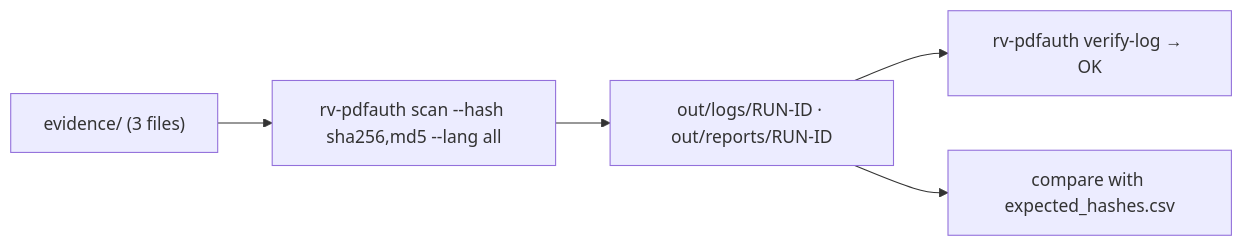
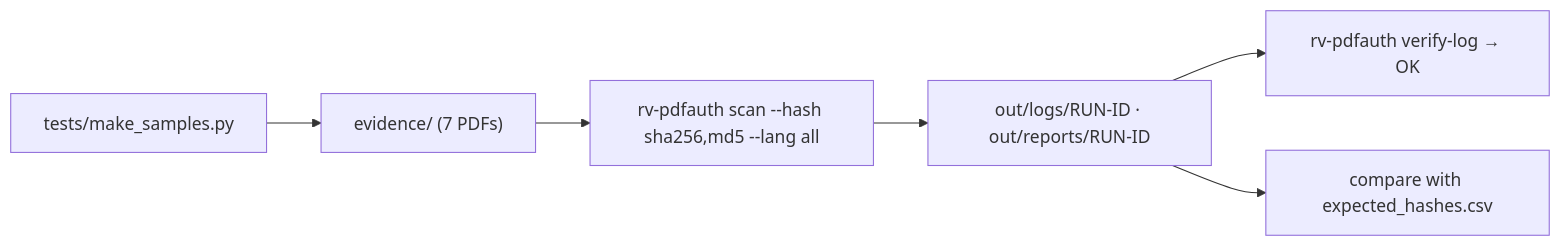
Before and after one commit to Panacota96/rv-pdfauth: the diagram in examples/README.md, drawn with Mermaid. The commit also changed other lines of this file and 16 other files, not shown here.

````diff
--- a/examples/README.md
+++ b/examples/README.md
@@ -14,7 +24,8 @@
 ```mermaid
 flowchart LR
-    E["evidence/ (3 files)"] --> S["rv-pdfauth scan --hash sha256,md5 --lang all"]
+    G["tests/make_samples.py"] --> E["evidence/ (7 PDFs)"]
+    E --> S["rv-pdfauth scan --hash sha256,md5 --lang all"]
     S --> O["out/logs/RUN-ID · out/reports/RUN-ID"]
     O --> V["rv-pdfauth verify-log → OK"]
     O --> C["compare with expected_hashes.csv"]
 ```
````
